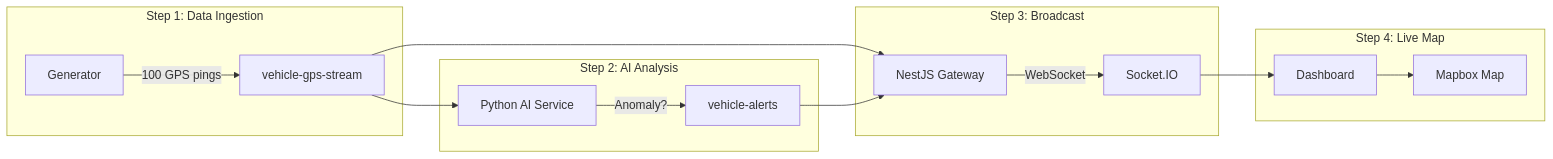
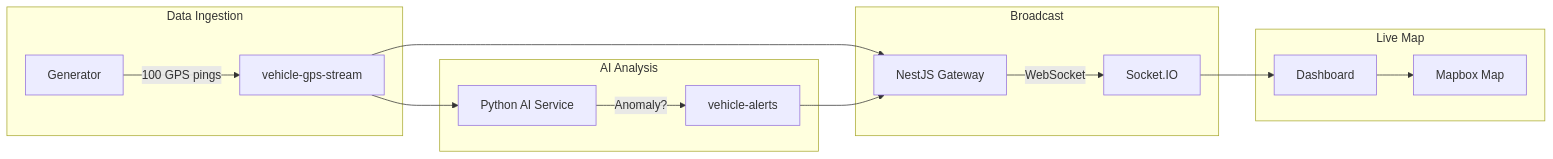
One commit to nutjatuwit0808/nutjatuwit_case_studies changed the fifth of 5 diagrams in geospatial-realtime-anomaly-detection/README.md. Above: the diagram before and after it, drawn with Mermaid. The commit also changed other lines of this file and 24 other files, not shown here.

````diff
--- a/geospatial-realtime-anomaly-detection/README.md
+++ b/geospatial-realtime-anomaly-detection/README.md
@@ -51,19 +278,19 @@
 ```mermaid
 flowchart LR
-    subgraph s1 [Step 1: Data Ingestion]
+    subgraph S1 [Data Ingestion]
         Gen[Generator] -->|"100 GPS pings"| K1[vehicle-gps-stream]
     end
-    subgraph s2 [Step 2: AI Analysis]
+    subgraph S2 [AI Analysis]
         K1 --> AI[Python AI Service]
         AI -->|"Anomaly?"| K2[vehicle-alerts]
     end
-    subgraph s3 [Step 3: Broadcast]
+    subgraph S3 [Broadcast]
         K1 --> GW[NestJS Gateway]
         K2 --> GW
         GW -->|"WebSocket"| WS[Socket.IO]
     end
-    subgraph s4 [Step 4: Live Map]
+    subgraph S4 [Live Map]
         WS --> D[Dashboard]
         D --> Map[Mapbox Map]
     end
 ```
````
